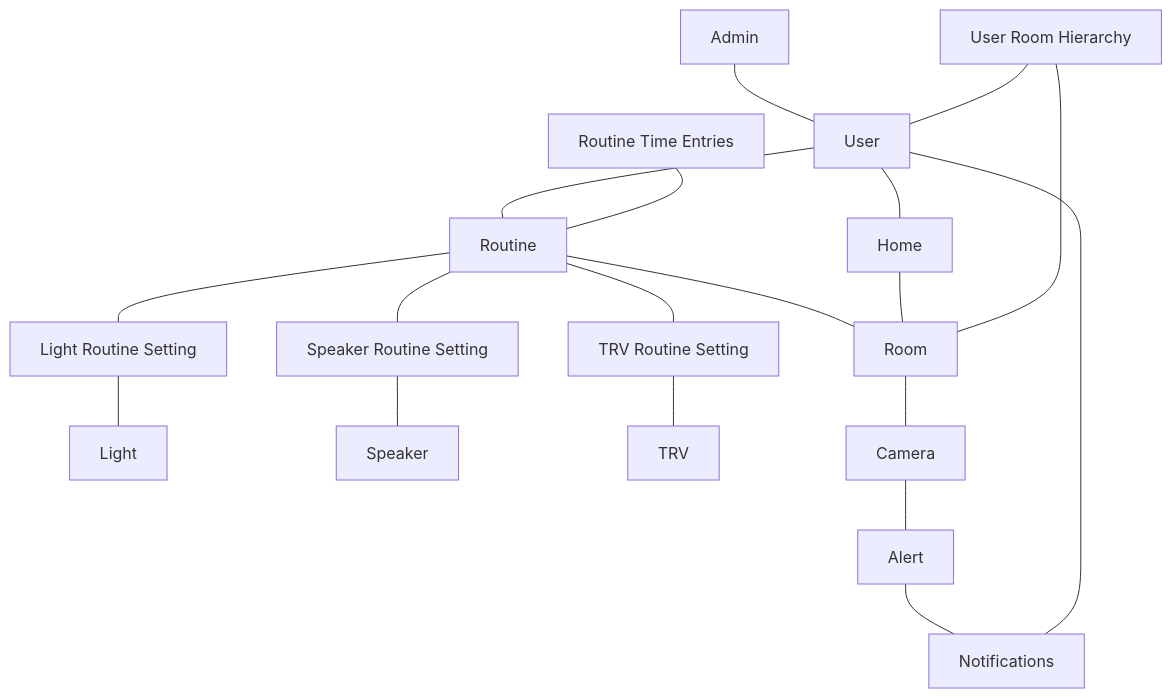
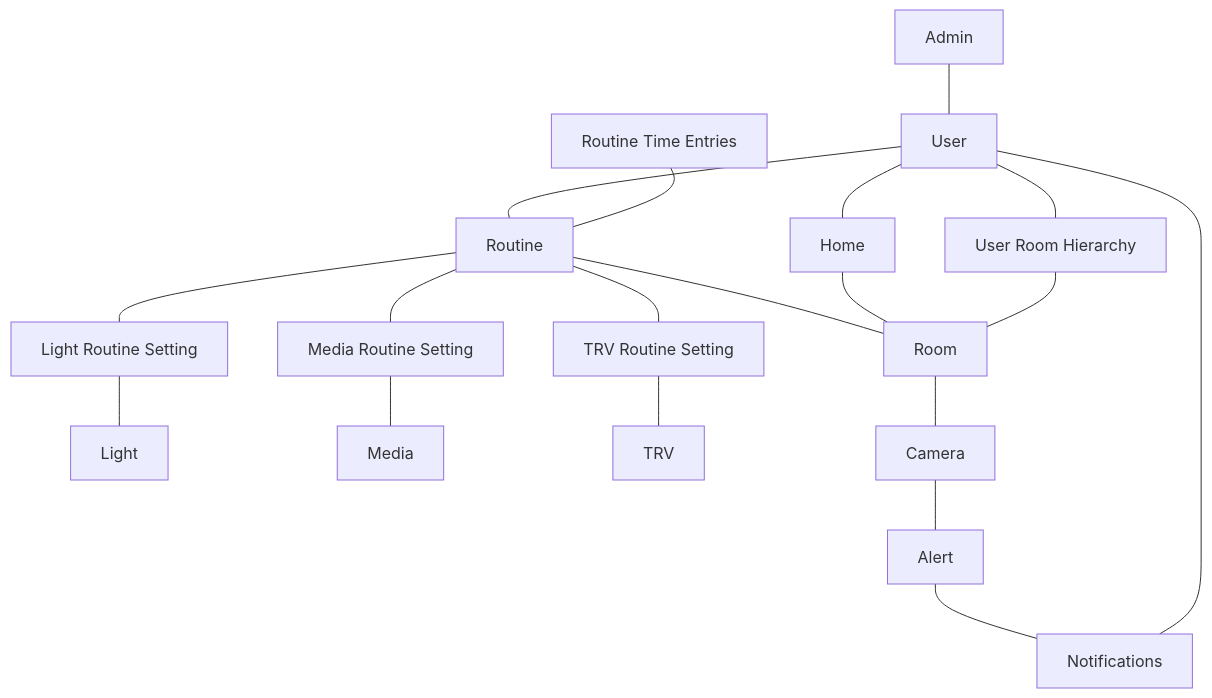
One commit to cmurphy88/jarvis changed the first of 2 diagrams in README.md. Above: the diagram before and after it, drawn with Mermaid.

````diff
--- a/README.md
+++ b/README.md
@@ -4,21 +4,21 @@
 ```mermaid
 graph TD
     A[Admin] --- B[User]
     B --- D[Routine]
+    B --- P
     D --- E[Room]
     D --- F[Light Routine Setting]
-    D --- G[Speaker Routine Setting]
+    D --- G[Media Routine Setting]
     D --- H[TRV Routine Setting]
     F --- I[Light]
-    G --- J[Speaker]
+    G --- J[Media]
     H --- K[TRV]
     E --- L[Camera]
     M[Home] --- E
     L --- N[Alert]
     N --- O[Notifications]
     O --- B
     B --- M
     P[User Room Hierarchy] --- E
     Q[Routine Time Entries] --- D
-    P --- B
 ```
````
